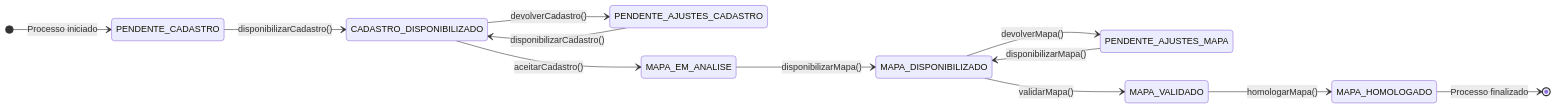
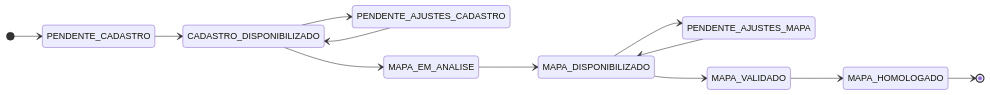
One commit to lgalvao/sgc changed the diagram in backend/src/main/java/sgc/subprocesso/README.md. Above: the diagram before and after it, drawn with Mermaid. The commit also changed other lines of this file and 23 other files, not shown here.

First line of the commit message:
docs: Update all backend READMEs and add Mermaid diagrams

````diff
--- a/backend/src/main/java/sgc/subprocesso/README.md
+++ b/backend/src/main/java/sgc/subprocesso/README.md
@@ -50,22 +18,16 @@
 ```mermaid
 stateDiagram-v2
     direction LR
-
-    [*] --> PENDENTE_CADASTRO: Processo iniciado
-
-    PENDENTE_CADASTRO --> CADASTRO_DISPONIBILIZADO: disponibilizarCadastro()
-    CADASTRO_DISPONIBILIZADO --> PENDENTE_AJUSTES_CADASTRO: devolverCadastro()
-    PENDENTE_AJUSTES_CADASTRO --> CADASTRO_DISPONIBILIZADO: disponibilizarCadastro()
-
-    CADASTRO_DISPONIBILIZADO --> MAPA_EM_ANALISE: aceitarCadastro()
-    MAPA_EM_ANALISE --> MAPA_DISPONIBILIZADO: disponibilizarMapa()
-
-    MAPA_DISPONIBILIZADO --> PENDENTE_AJUSTES_MAPA: devolverMapa()
-    PENDENTE_AJUSTES_MAPA --> MAPA_DISPONIBILIZADO: disponibilizarMapa()
-
-    MAPA_DISPONIBILIZADO --> MAPA_VALIDADO: validarMapa()
-    MAPA_VALIDADO --> MAPA_HOMOLOGADO: homologarMapa()
-    MAPA_HOMOLOGADO --> [*]: Processo finalizado
-
+    [*] --> PENDENTE_CADASTRO
+    PENDENTE_CADASTRO --> CADASTRO_DISPONIBILIZADO
+    CADASTRO_DISPONIBILIZADO --> PENDENTE_AJUSTES_CADASTRO
+    PENDENTE_AJUSTES_CADASTRO --> CADASTRO_DISPONIBILIZADO
+    CADASTRO_DISPONIBILIZADO --> MAPA_EM_ANALISE
+    MAPA_EM_ANALISE --> MAPA_DISPONIBILIZADO
+    MAPA_DISPONIBILIZADO --> PENDENTE_AJUSTES_MAPA
+    PENDENTE_AJUSTES_MAPA --> MAPA_DISPONIBILIZADO
+    MAPA_DISPONIBILIZADO --> MAPA_VALIDADO
+    MAPA_VALIDADO --> MAPA_HOMOLOGADO
+    MAPA_HOMOLOGADO --> [*]
     note "Para cada transição, uma Movimentacao é criada" as N1
 ```
````
